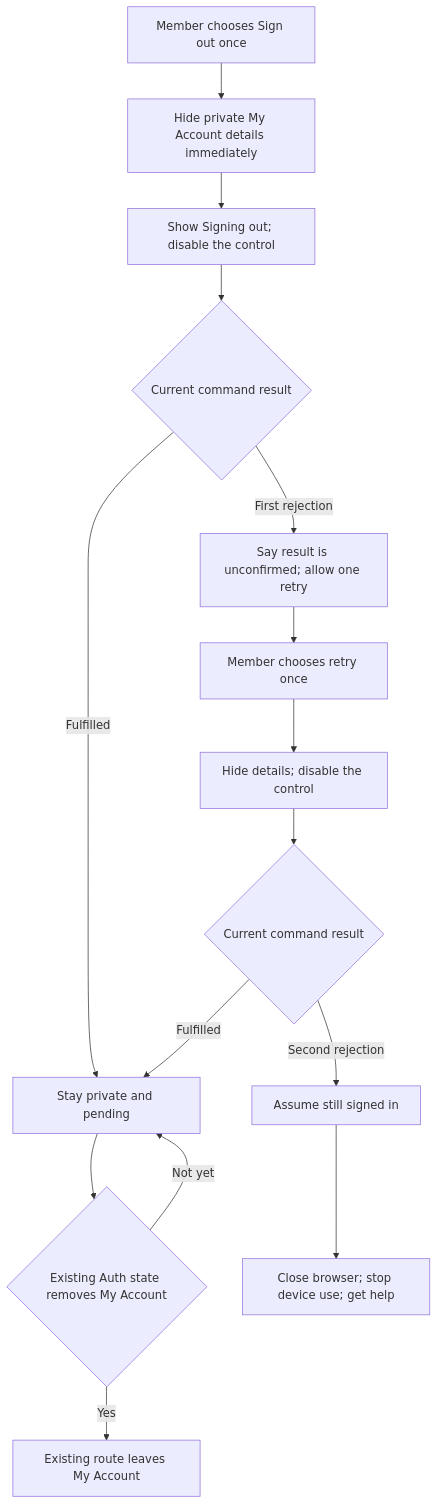
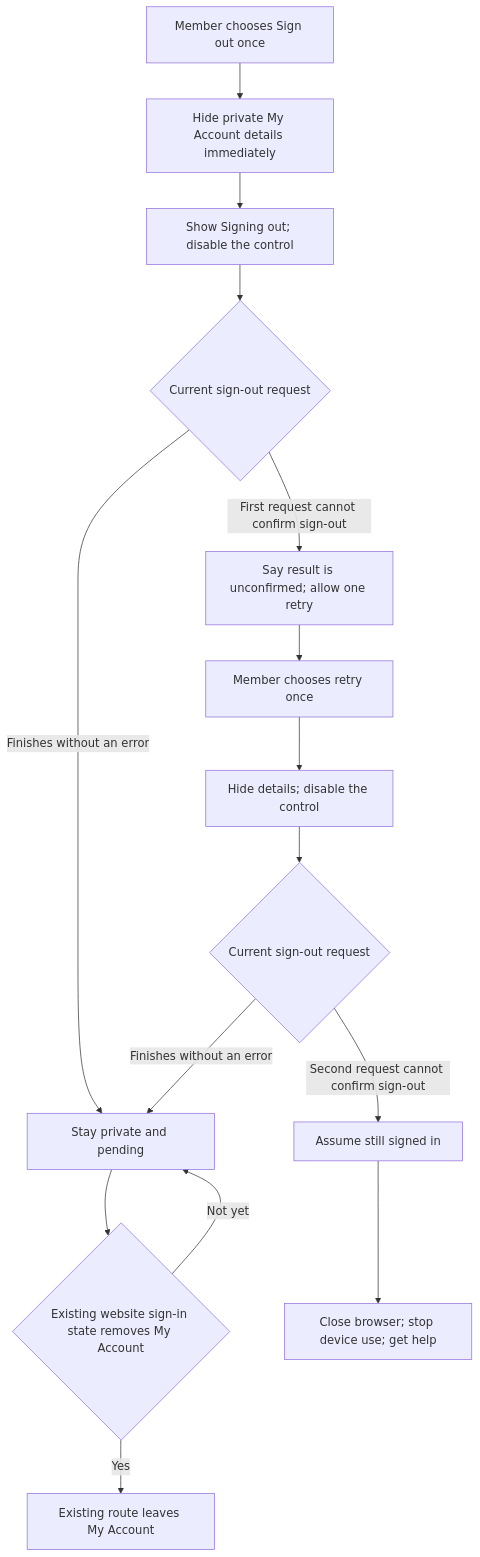
Before and after one commit to Run-MPRC/Run-MPRC.github.io: diagram 15 of 38 in docs/officers/EVENTS_SHOP_MEMBERS.md, drawn with Mermaid. The commit also changed other lines of this file, not shown here.

Commit message:
Polish officer sign-out guidance

````diff
--- a/docs/officers/EVENTS_SHOP_MEMBERS.md
+++ b/docs/officers/EVENTS_SHOP_MEMBERS.md
@@ -795,17 +795,17 @@
 ```mermaid
 flowchart TD
     A["Member chooses Sign out once"] --> B["Hide private My Account details immediately"]
     B --> C["Show Signing out; disable the control"]
-    C --> D{"Current command result"}
-    D -- "Fulfilled" --> E["Stay private and pending"]
-    E --> F{"Existing Auth state removes My Account"}
+    C --> D{"Current sign-out request"}
+    D -- "Finishes without an error" --> E["Stay private and pending"]
+    E --> F{"Existing website sign-in state removes My Account"}
     F -- "Not yet" --> E
     F -- "Yes" --> G["Existing route leaves My Account"]
-    D -- "First rejection" --> H["Say result is unconfirmed; allow one retry"]
+    D -- "First request cannot confirm sign-out" --> H["Say result is unconfirmed; allow one retry"]
     H --> I["Member chooses retry once"]
     I --> J["Hide details; disable the control"]
-    J --> K{"Current command result"}
-    K -- "Fulfilled" --> E
-    K -- "Second rejection" --> L["Assume still signed in"]
+    J --> K{"Current sign-out request"}
+    K -- "Finishes without an error" --> E
+    K -- "Second request cannot confirm sign-out" --> L["Assume still signed in"]
     L --> M["Close browser; stop device use; get help"]
 ```
````
